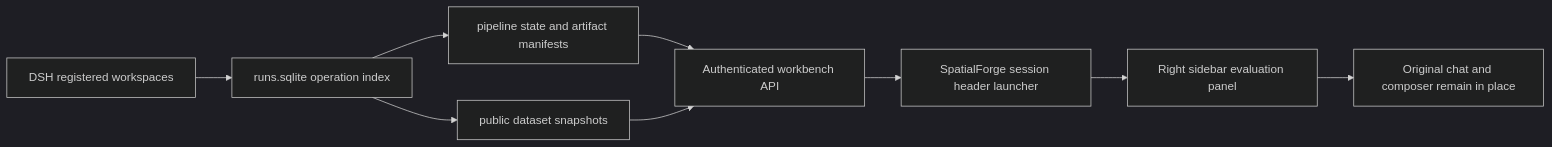
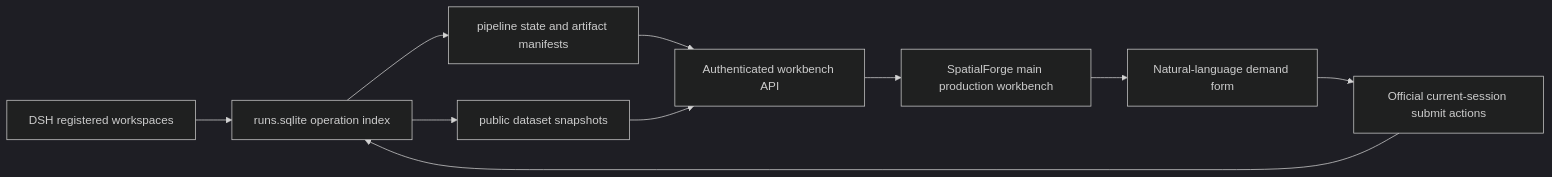
The diagram in docs/frontend-workbench-v2.md (EurecaMoment/BenchForgeV2), drawn with Mermaid (dark theme) before and after one commit. The commit also changed other lines of this file and 4 other files, not shown here.

Commit message:
Make SpatialForge a production workbench with request form and session permissions

````diff
--- a/docs/frontend-workbench-v2.md
+++ b/docs/frontend-workbench-v2.md
@@ -38,11 +61,12 @@
 ```mermaid
 flowchart LR
   A[DSH registered workspaces] --> B[runs.sqlite operation index]
   B --> C[pipeline state and artifact manifests]
   B --> D[public dataset snapshots]
   C --> E[Authenticated workbench API]
   D --> E
-    E --> F[SpatialForge session header launcher]
-    F --> G[Right sidebar evaluation panel]
-    G --> H[Original chat and composer remain in place]
+  E --> F[SpatialForge main production workbench]
+  F --> G[Natural-language demand form]
+  G --> H[Official current-session submit actions]
+  H --> B
 ```
````
